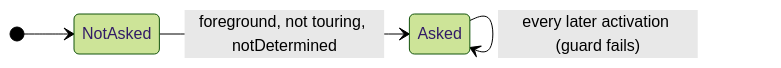
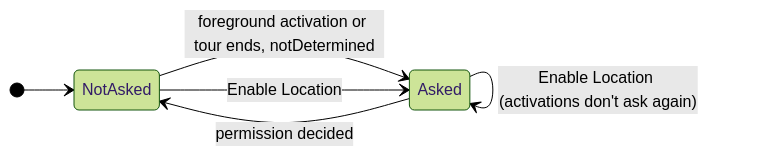
One commit to lunchbox-labs/Compasslet changed the second of 9 diagrams in wiki/Developer-State-Machines.md. Above: the diagram before and after it, drawn with Mermaid (forest theme). The commit also changed other lines of this file, not shown here.

````diff
--- a/wiki/Developer-State-Machines.md
+++ b/wiki/Developer-State-Machines.md
@@ -77,7 +89,9 @@
 ```mermaid
 stateDiagram-v2
     direction LR
     [*] --> NotAsked
-    NotAsked --> Asked: foreground, not touring, notDetermined
-    Asked --> Asked: every later activation (guard fails)
+    NotAsked --> Asked: foreground activation or tour ends, notDetermined
+    NotAsked --> Asked: Enable Location
+    Asked --> Asked: Enable Location (activations don't ask again)
+    Asked --> NotAsked: permission decided
 ```
````
